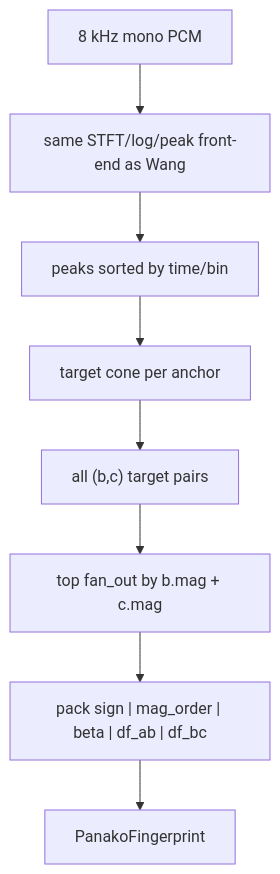
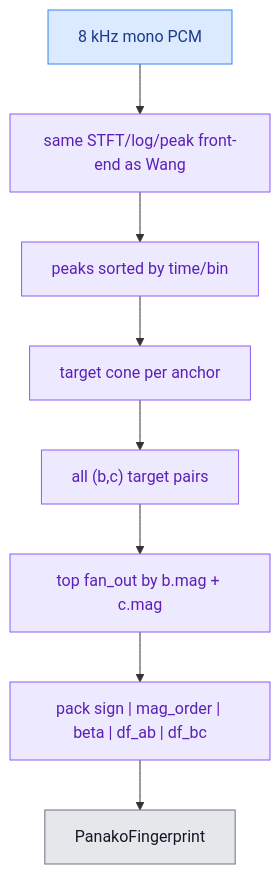
The fourth of 5 diagrams in audio.md (themankindproject/audiofp), drawn with Mermaid before and after one commit. The commit also changed other lines of this file and 5 other files, not shown here.

````diff
--- a/audio.md
+++ b/audio.md
@@ -367,10 +392,18 @@
 ```mermaid
 flowchart TD
     A["8 kHz mono PCM"] --> B["same STFT/log/peak front-end as Wang"]
     B --> C["peaks sorted by time/bin"]
     C --> D["target cone per anchor"]
     D --> E["all (b,c) target pairs"]
     E --> F["top fan_out by b.mag + c.mag"]
     F --> G["pack sign | mag_order | beta | df_ab | df_bc"]
     G --> H["PanakoFingerprint"]
+
+    classDef input fill:#dbeafe,stroke:#3b82f6,color:#1e3a8a,stroke-width:1px;
+    classDef panako fill:#ede9fe,stroke:#8b5cf6,color:#5b21b6,stroke-width:1px;
+    classDef output fill:#e5e7eb,stroke:#6b7280,color:#111827,stroke-width:1px;
+
+    class A input;
+    class B,C,D,E,F,G panako;
+    class H output;
 ```
````
